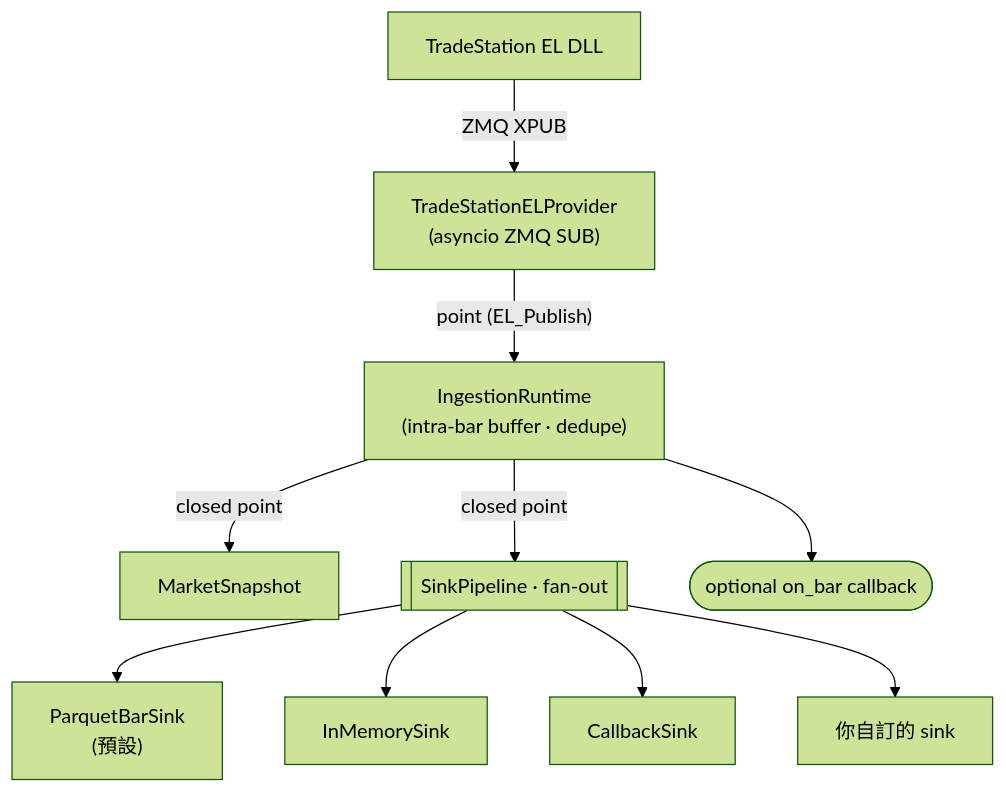
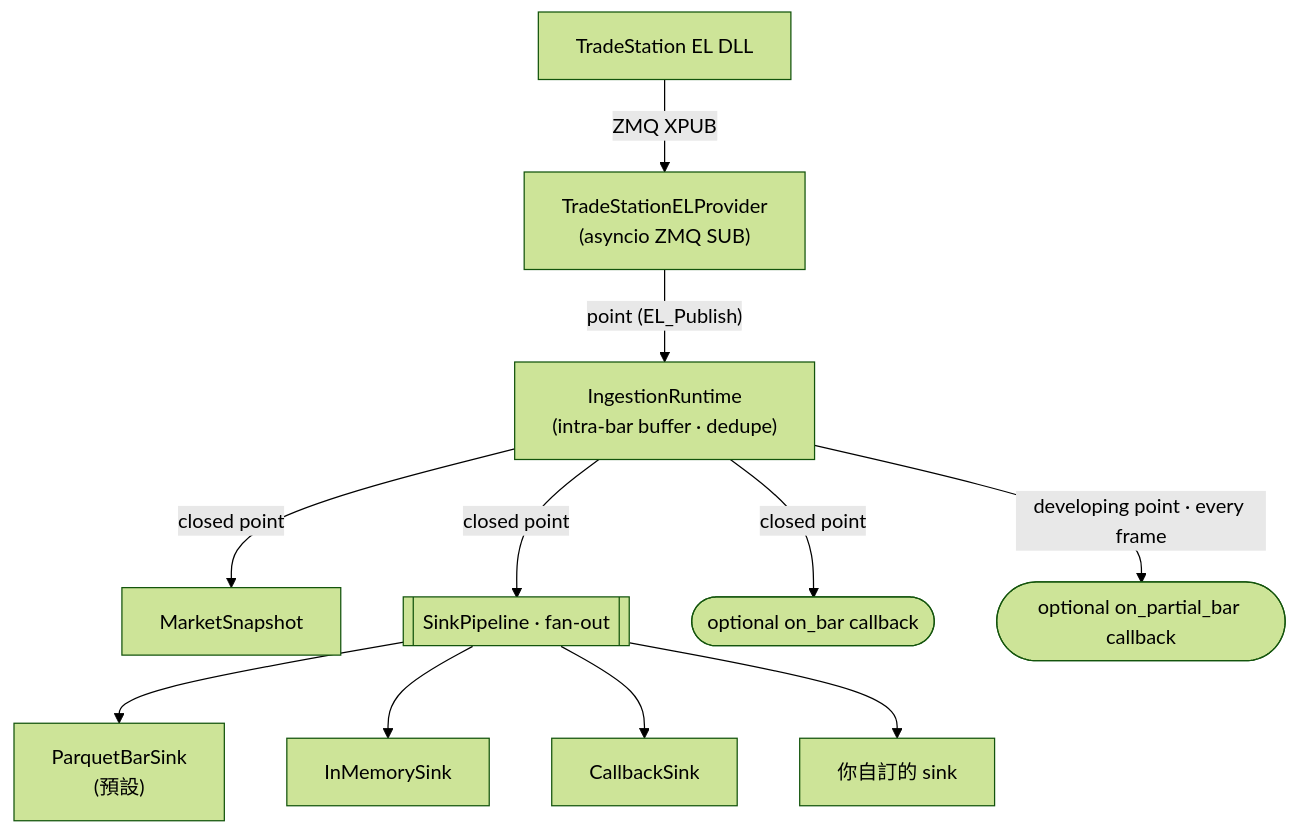
The diagram in bindings/python/README.zh-TW.md (millerlai/tradestation-data-provider), drawn with Mermaid (forest theme) before and after one commit. The commit also changed other lines of this file and 8 other files, not shown here.

````diff
--- a/bindings/python/README.zh-TW.md
+++ b/bindings/python/README.zh-TW.md
@@ -31,24 +31,26 @@
 ```mermaid
 flowchart TD
     DLL["TradeStation EL DLL"]
     Provider["TradeStationELProvider<br/>(asyncio ZMQ SUB)"]
     Runtime["IngestionRuntime<br/>(intra-bar buffer · dedupe)"]
     Snapshot["MarketSnapshot"]
     Pipeline[["SinkPipeline · fan-out"]]
     OnBar(["optional on_bar callback"])
+    OnPartial(["optional on_partial_bar callback"])
 
     PBar["ParquetBarSink<br/>(預設)"]
     Memory["InMemorySink"]
     Callback["CallbackSink"]
     Custom["你自訂的 sink"]
 
     DLL -- "ZMQ XPUB" --> Provider
     Provider -- "point (EL_Publish)" --> Runtime
     Runtime -- "closed point" --> Snapshot
     Runtime -- "closed point" --> Pipeline
-    Runtime --> OnBar
+    Runtime -- "closed point" --> OnBar
+    Runtime -- "developing point · every frame" --> OnPartial
     Pipeline --> PBar
     Pipeline --> Memory
     Pipeline --> Callback
     Pipeline --> Custom
 ```
````
